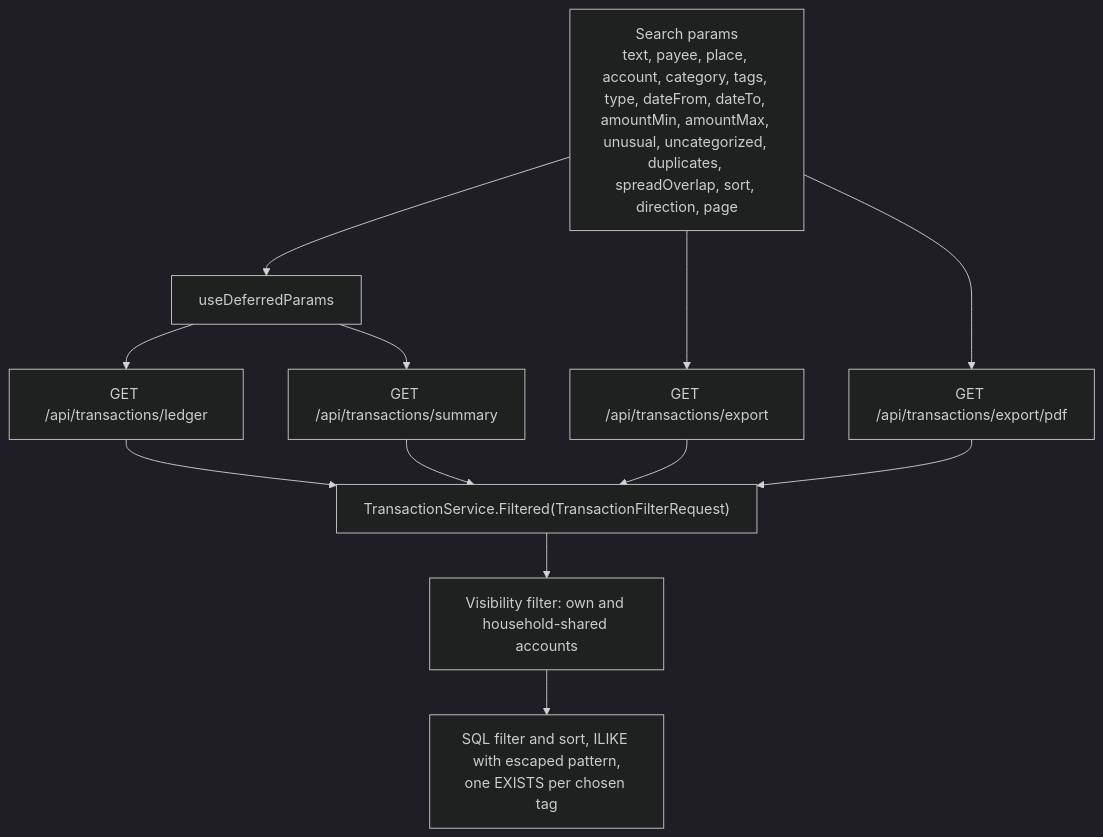
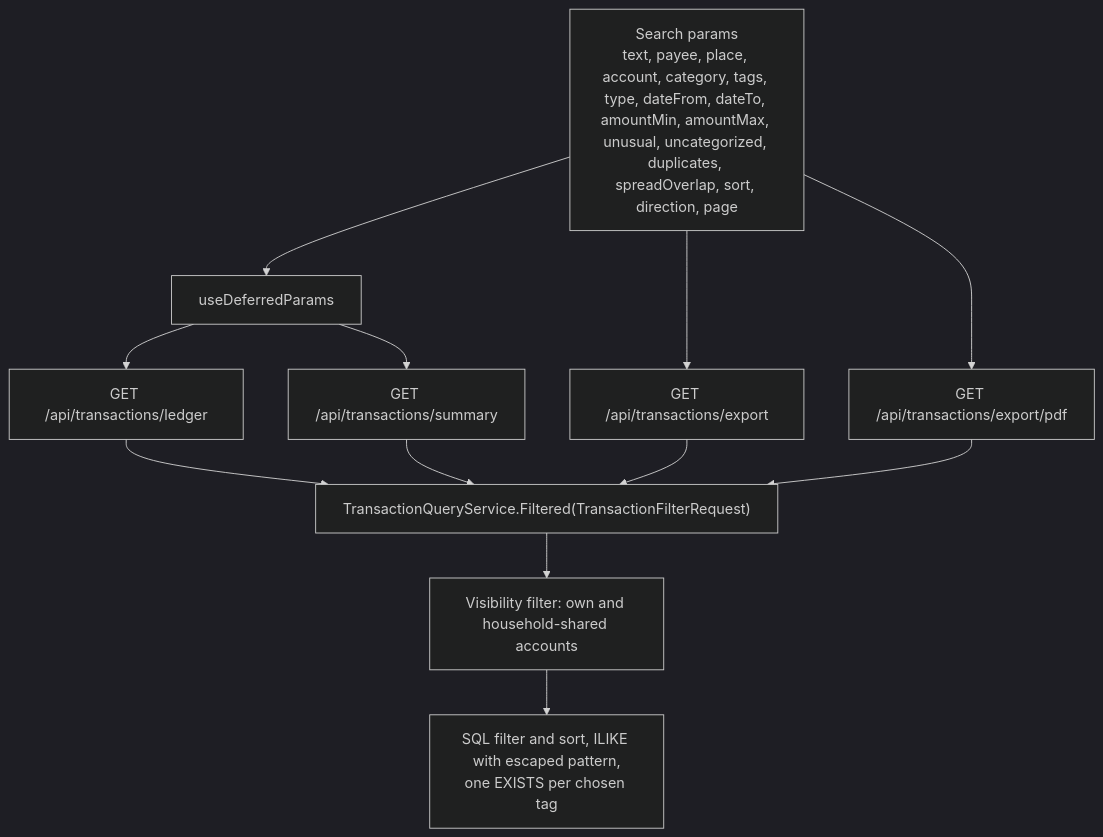
One commit to Justxs/Jx-Finance changed the first of 6 diagrams in docs/features/transactions.md. Above: the diagram before and after it, drawn with Mermaid (dark theme). The commit also changed other lines of this file and 181 other files, not shown here.

````diff
--- a/docs/features/transactions.md
+++ b/docs/features/transactions.md
@@ -7,14 +7,14 @@
 ```mermaid
 flowchart TD
     Url["Search params<br/>text, payee, place, account, category, tags, type, dateFrom, dateTo, amountMin, amountMax, unusual, uncategorized, duplicates, spreadOverlap, sort, direction, page"] --> Defer["useDeferredParams"]
     Defer --> List["GET /api/transactions/ledger"]
     Defer --> Summary["GET /api/transactions/summary"]
     Url --> Csv["GET /api/transactions/export"]
     Url --> Pdf["GET /api/transactions/export/pdf"]
-    List --> F["TransactionService.Filtered(TransactionFilterRequest)"]
+    List --> F["TransactionQueryService.Filtered(TransactionFilterRequest)"]
     Summary --> F
     Csv --> F
     Pdf --> F
     F --> Vis["Visibility filter: own and household-shared accounts"]
     Vis --> Sql["SQL filter and sort, ILIKE with escaped pattern,<br/>one EXISTS per chosen tag"]
 ```
````
